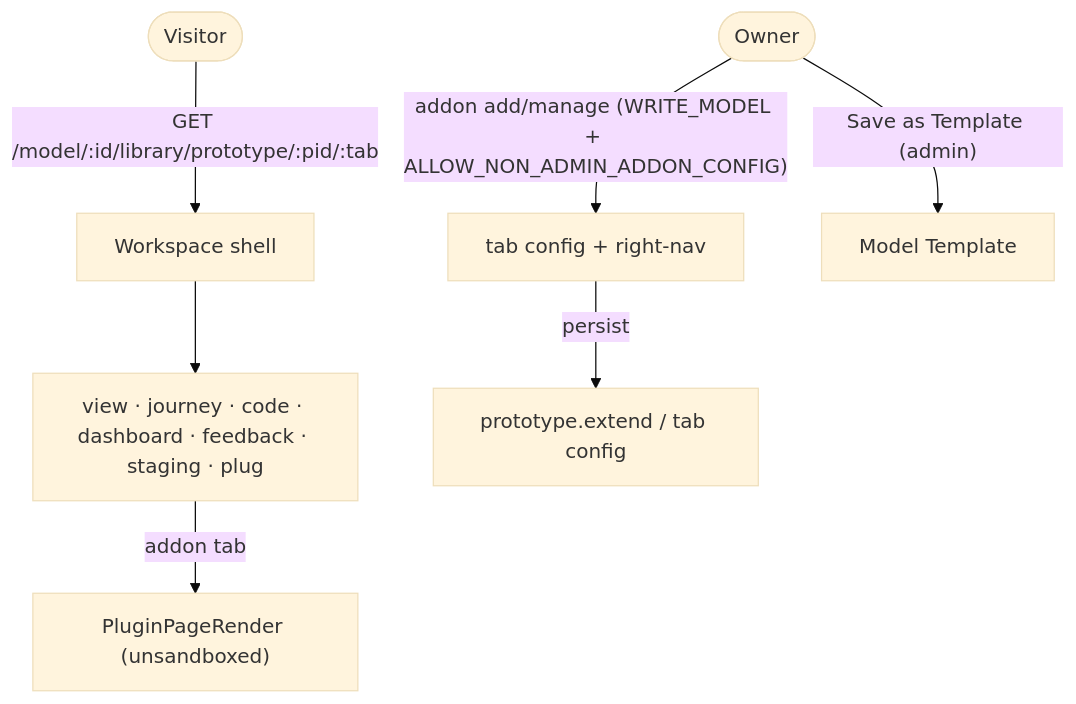
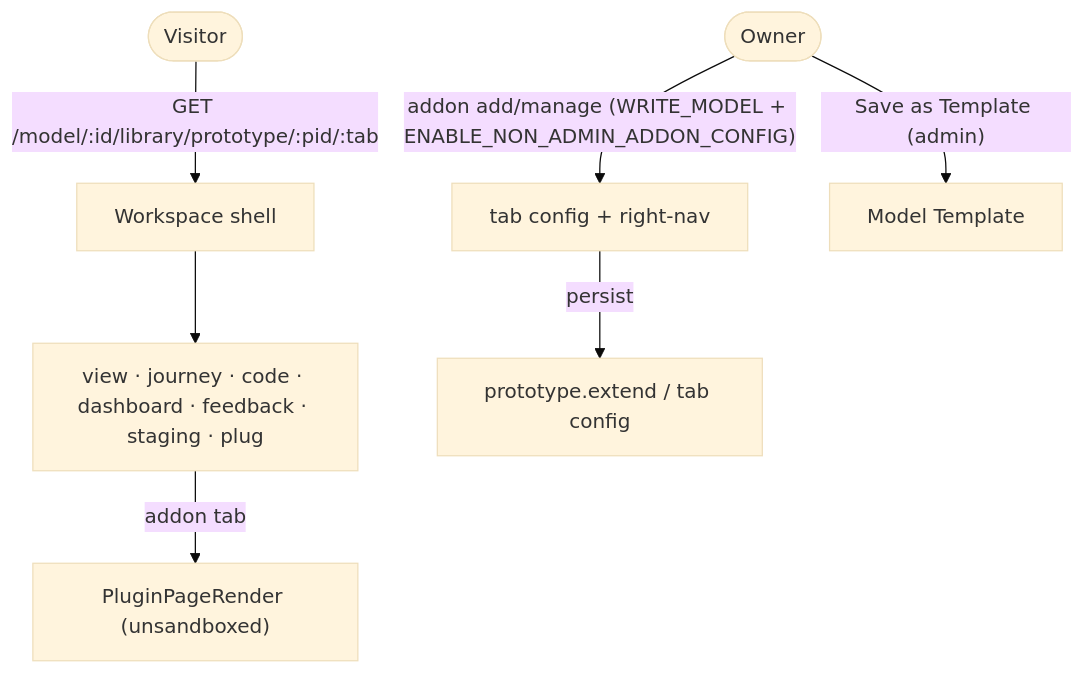
Before and after one commit to eclipse-autowrx/autowrx: the fifth of 10 diagrams in docs/capabilities/prototypes-code.md, drawn with Mermaid (base theme). The commit also changed other lines of this file and 8 other files, not shown here.

First line of the commit message:
fix(model-prototype): fix admin bypass and rename addon config flag

````diff
--- a/docs/capabilities/prototypes-code.md
+++ b/docs/capabilities/prototypes-code.md
@@ -366,9 +366,9 @@
 ```mermaid
 flowchart TD
     V([Visitor]) -->|"GET /model/:id/library/prototype/:pid/:tab"| WS["Workspace shell"]
     WS --> Tabs["view · journey · code · dashboard · feedback · staging · plug"]
     Tabs -->|addon tab| PR["PluginPageRender (unsandboxed)"]
-    O([Owner]) -->|"addon add/manage (WRITE_MODEL + ALLOW_NON_ADMIN_ADDON_CONFIG)"| CFG["tab config + right-nav"]
+    O([Owner]) -->|"addon add/manage (WRITE_MODEL + ENABLE_NON_ADMIN_ADDON_CONFIG)"| CFG["tab config + right-nav"]
     CFG -->|persist| P["prototype.extend / tab config"]
     O -->|"Save as Template (admin)"| MT["Model Template"]
 ```
````
